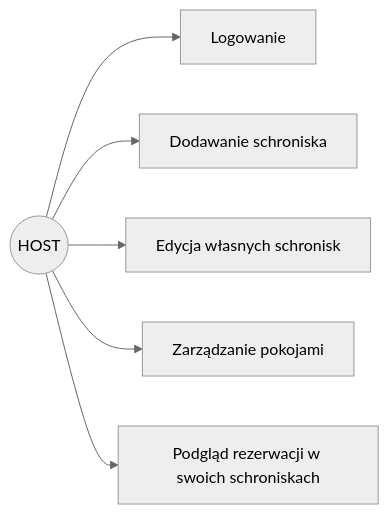
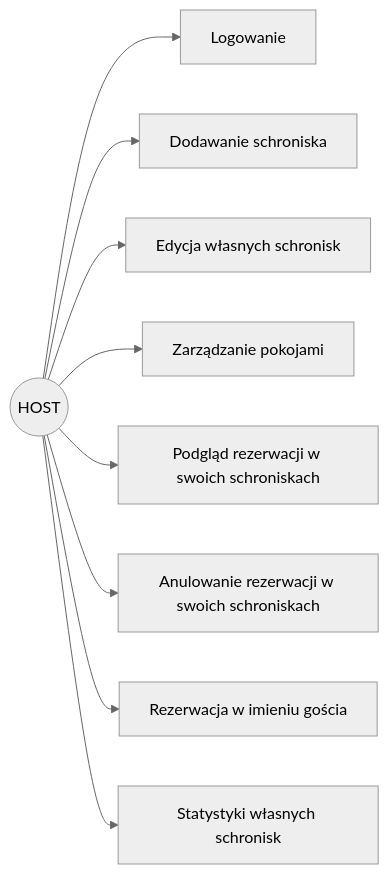
One commit to sh1zer/bnabd changed the second of 6 diagrams in docs/04_role_i_przyklady.md. Above: the diagram before and after it, drawn with Mermaid (neutral theme). The commit also changed other lines of this file and 2 other files, not shown here.

````diff
--- a/docs/04_role_i_przyklady.md
+++ b/docs/04_role_i_przyklady.md
@@ -123,9 +151,12 @@
 ```mermaid
 graph LR
     H((HOST))
     H --> HC1[Logowanie]
     H --> HC2[Dodawanie schroniska]
     H --> HC3[Edycja własnych schronisk]
     H --> HC4[Zarządzanie pokojami]
     H --> HC5[Podgląd rezerwacji w swoich schroniskach]
+    H --> HC6[Anulowanie rezerwacji w swoich schroniskach]
+    H --> HC7[Rezerwacja w imieniu gościa]
+    H --> HC8[Statystyki własnych schronisk]
 ```
````
